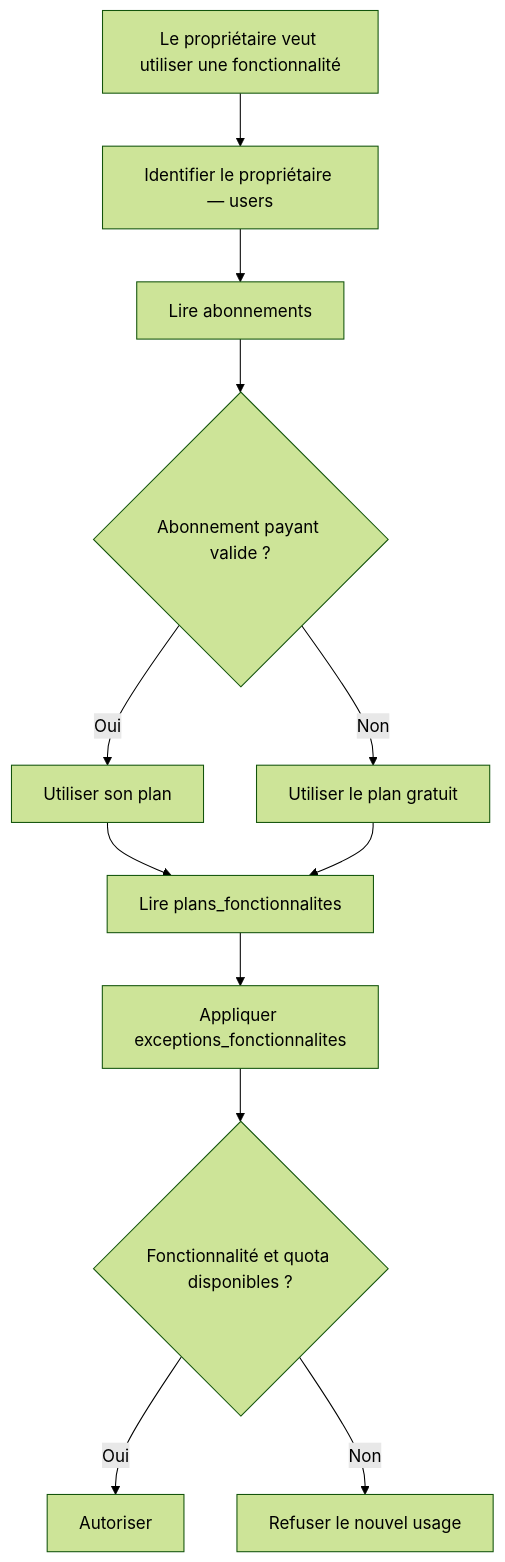
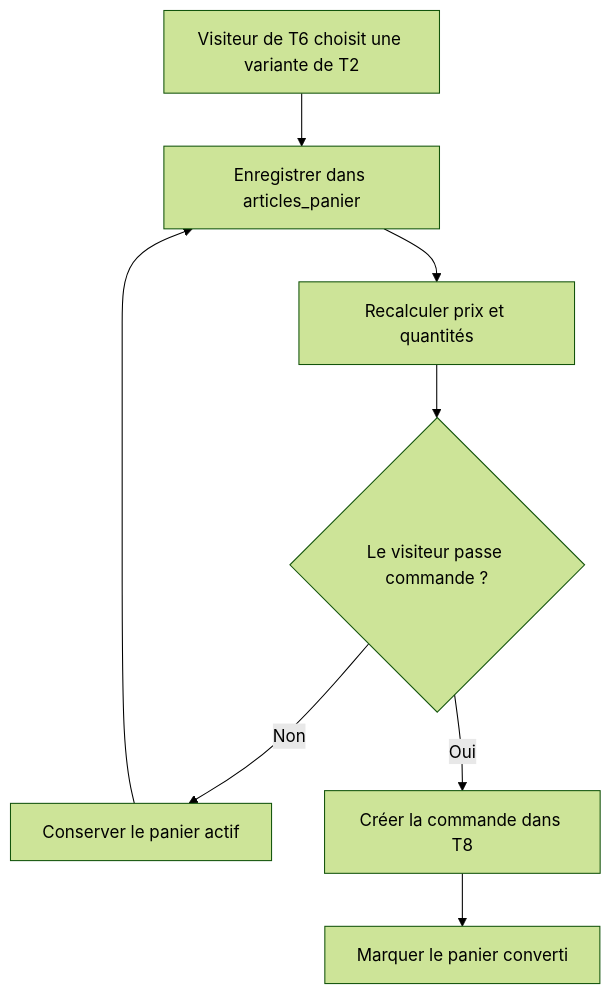
Before and after one commit to unitealfa/saas-ecom: the seventh of 23 diagrams in BDD-centrale-C1-C14-explication-simple.md, drawn with Mermaid (forest theme). The commit also changed other lines of this file, not shown here.

````diff
--- a/BDD-centrale-C1-C14-explication-simple.md
+++ b/BDD-centrale-C1-C14-explication-simple.md
@@ -264,14 +362,10 @@
 ```mermaid
 flowchart TD
-    A["Le propriétaire veut utiliser une fonctionnalité"] --> B["Identifier le propriétaire — users"]
-    B --> C["Lire abonnements"]
-    C --> D{"Abonnement payant valide ?"}
-    D -->|Oui| E["Utiliser son plan"]
-    D -->|Non| F["Utiliser le plan gratuit"]
-    E --> G["Lire plans_fonctionnalites"]
-    F --> G
-    G --> H["Appliquer exceptions_fonctionnalites"]
-    H --> I{"Fonctionnalité et quota disponibles ?"}
-    I -->|Oui| J["Autoriser"]
-    I -->|Non| K["Refuser le nouvel usage"]
+    A["Visiteur de T6 choisit une variante de T2"] --> B["Enregistrer dans articles_panier"]
+    B --> C["Recalculer prix et quantités"]
+    C --> D{"Le visiteur passe commande ?"}
+    D -->|Non| E["Conserver le panier actif"]
+    E --> B
+    D -->|Oui| F["Créer la commande dans T8"]
+    F --> G["Marquer le panier converti"]
 ```
````
